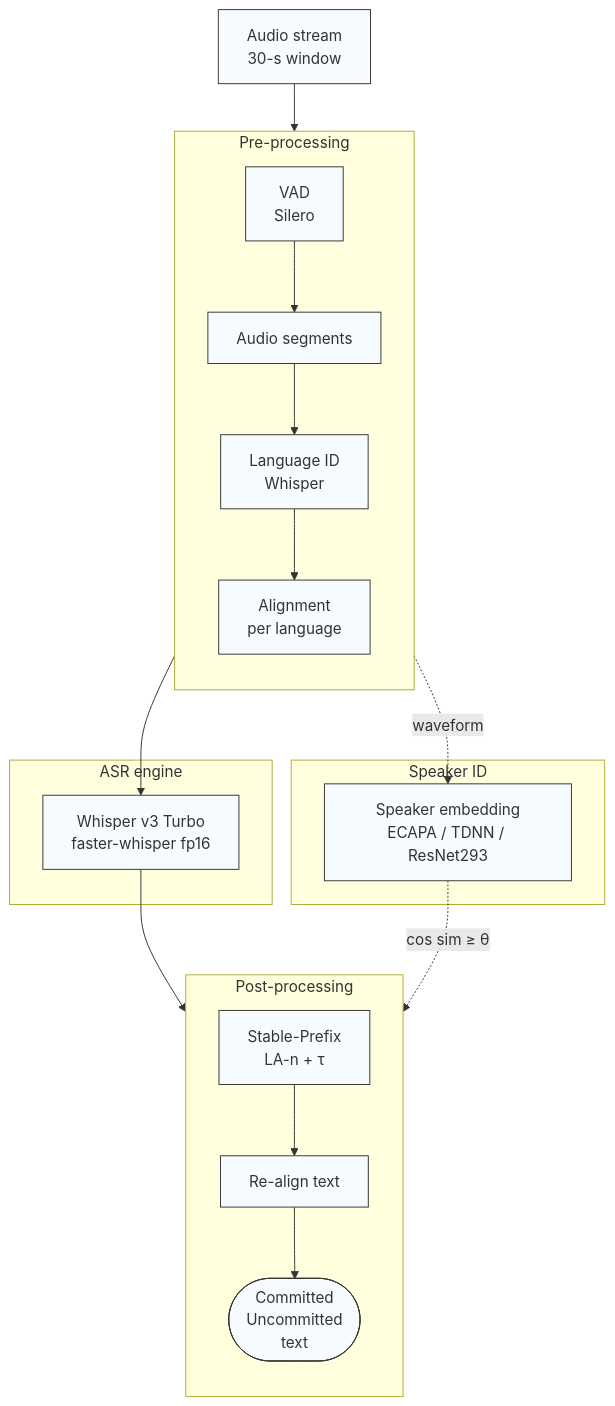
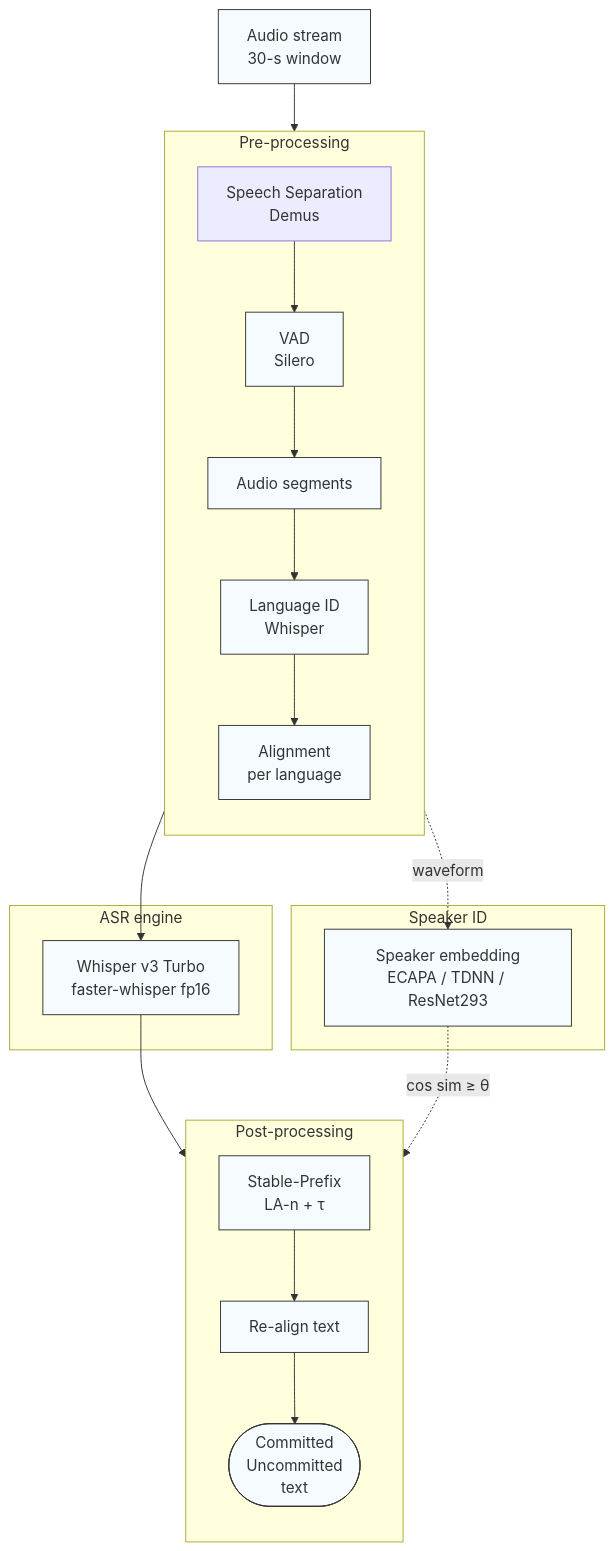
Before and after one commit to hiendang7613/Daily-AI-Papers---VN-: the diagram in README.md, drawn with Mermaid.

````diff
--- a/README.md
+++ b/README.md
@@ -4,46 +4,47 @@
 ```mermaid
 
 flowchart TD
     %% ========== INPUT ======================================================
     A["Audio stream<br/>30-s window"]
 
     %% ========== PRE-PROCESSING ============================================
     subgraph "Pre-processing"
         direction TB
+        Z["Speech Separation<br/>Demus"]
         B["VAD<br/>Silero"]
         C["Audio segments"]
         D["Language ID<br/>Whisper"]
         E["Alignment<br/>per language"]
     end
 
     %% ========== ASR ENGINE =================================================
     subgraph "ASR engine"
         F["Whisper v3 Turbo<br/>faster-whisper fp16"]
     end
 
     %% ========== POST-PROCESSING ===========================================
     subgraph "Post-processing"
         direction TB
         G["Stable-Prefix<br/>LA-n + τ"]
         R["Re-align text"]
         OUT(["Committed<br/>Uncommitted<br/>text"])
     end
 
     %% ========== SPEAKER-ID PATH ===========================================
     subgraph "Speaker ID"
         S["Speaker embedding<br/>ECAPA / TDNN / ResNet293"]
     end
 
     %% ----------------- MAIN FLOW ------------------------------------------
-    A --> B --> C --> D --> E --> F --> G --> R --> OUT
+    A --> Z --> B --> C --> D --> E --> F --> G --> R --> OUT
 
     %% ----------------- SPEAKER SIDE FLOW ----------------------------------
     C -. waveform .-> S
     S -. "cos sim ≥ θ" .-> R
 
     %% ========== OPTIONAL STYLE (pastel boxes) =============================
     classDef blk fill:#F6FBFF,stroke:#333,stroke-width:1px;
     class A,B,C,D,E,F,G,R,S,OUT blk;
 
 
 ```
````
